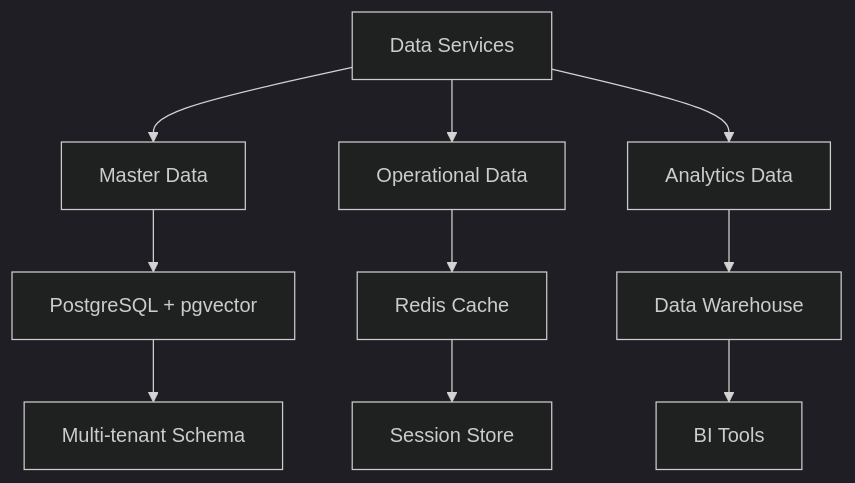
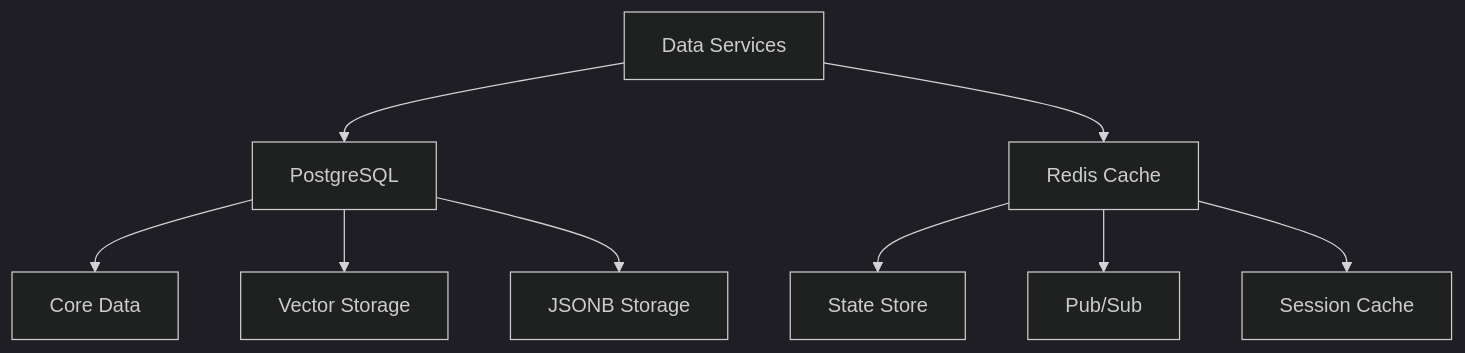
The fifth of 11 diagrams in layers.md (jihadajUAEU/bluemeshv2), drawn with Mermaid (dark theme) before and after one commit. The commit also changed other lines of this file and 2 other files, not shown here.

````diff
--- a/layers.md
+++ b/layers.md
@@ -103,12 +100,13 @@
 ```mermaid
 graph TD
-    A[Data Services] --> B[Master Data]
-    A --> C[Operational Data]
-    A --> D[Analytics Data]
-    B --> E[PostgreSQL + pgvector]
-    C --> F[Redis Cache]
-    D --> G[Data Warehouse]
-    E --> H[Multi-tenant Schema]
-    F --> I[Session Store]
-    G --> J[BI Tools]
+    A[Data Services] --> B[PostgreSQL]
+    A --> C[Redis Cache]
+    
+    B --> D[Core Data]
+    B --> E[Vector Storage]
+    B --> F[JSONB Storage]
+    
+    C --> G[State Store]
+    C --> H[Pub/Sub]
+    C --> I[Session Cache]
 ```
````
